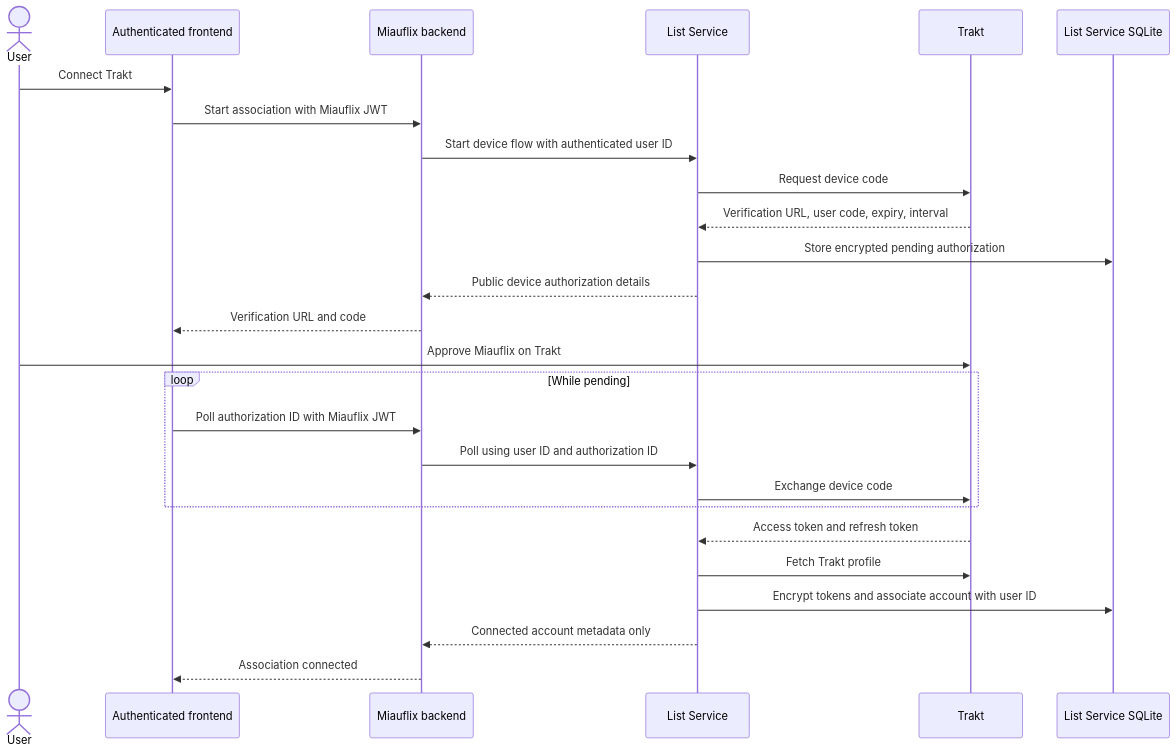
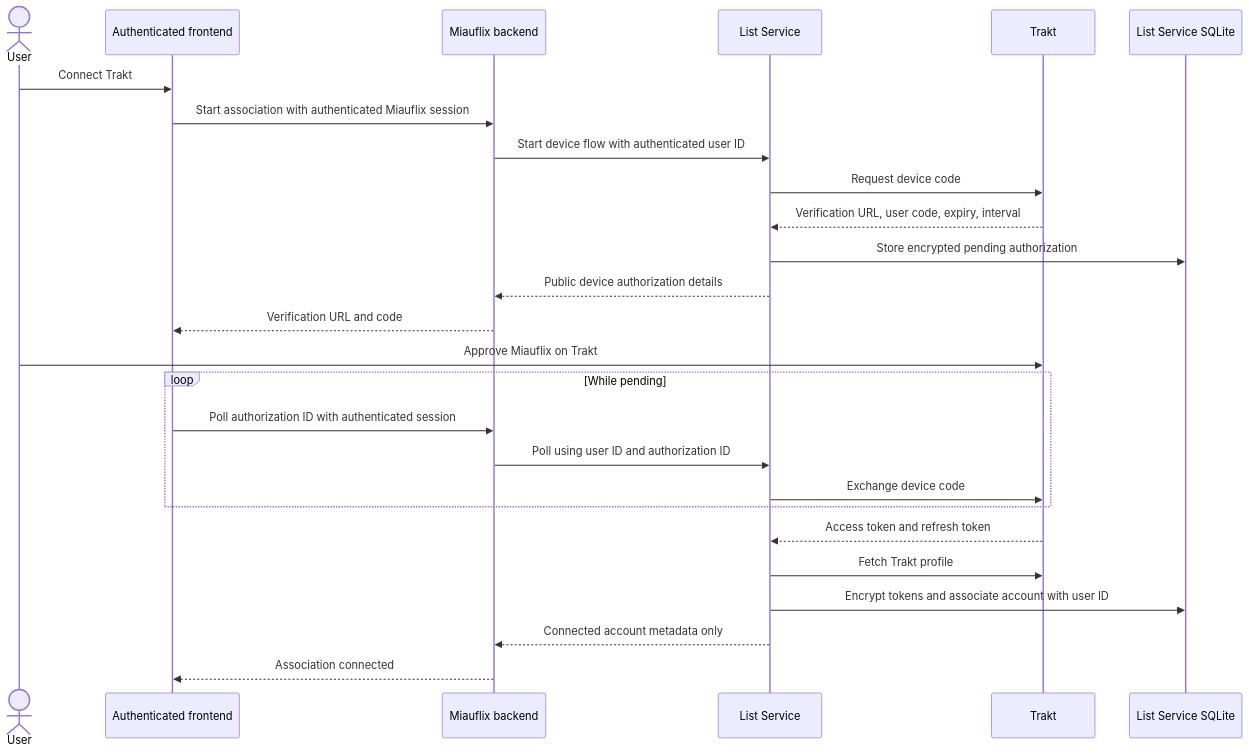
One commit to maury91/miauflix changed the fifth of 7 diagrams in docs/architecture/diagrams.md. Above: the diagram before and after it, drawn with Mermaid. The commit also changed other lines of this file and 39 other files, not shown here.

````diff
--- a/docs/architecture/diagrams.md
+++ b/docs/architecture/diagrams.md
@@ -166,31 +181,31 @@
 ```mermaid
 sequenceDiagram
   actor User
   participant UI as Authenticated frontend
   participant API as Miauflix backend
   participant Lists as List Service
   participant Trakt
   participant ListDB as List Service SQLite
 
   User->>UI: Connect Trakt
-  UI->>API: Start association with Miauflix JWT
+  UI->>API: Start association with authenticated Miauflix session
   API->>Lists: Start device flow with authenticated user ID
   Lists->>Trakt: Request device code
   Trakt-->>Lists: Verification URL, user code, expiry, interval
   Lists->>ListDB: Store encrypted pending authorization
   Lists-->>API: Public device authorization details
   API-->>UI: Verification URL and code
   User->>Trakt: Approve Miauflix on Trakt
 
   loop While pending
-    UI->>API: Poll authorization ID with Miauflix JWT
+    UI->>API: Poll authorization ID with authenticated session
     API->>Lists: Poll using user ID and authorization ID
     Lists->>Trakt: Exchange device code
   end
 
   Trakt-->>Lists: Access token and refresh token
   Lists->>Trakt: Fetch Trakt profile
   Lists->>ListDB: Encrypt tokens and associate account with user ID
   Lists-->>API: Connected account metadata only
   API-->>UI: Association connected
 ```
````
